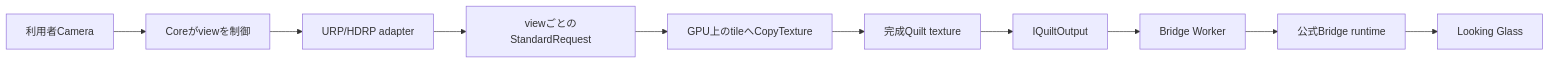
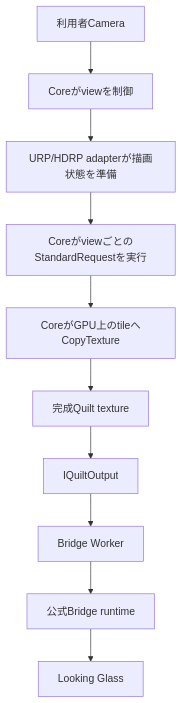
Before and after one commit to zabaglione/ViewWeave: the diagram in docs/architecture.md, drawn with Mermaid. The commit also changed other lines of this file, not shown here.

Commit message:
docs: improve architecture diagram readability

````diff
--- a/docs/architecture.md
+++ b/docs/architecture.md
@@ -9,12 +9,12 @@
 ```mermaid
-flowchart LR
+flowchart TB
     Camera["利用者Camera"] --> Core["Coreがviewを制御"]
-    Core --> Adapter["URP/HDRP adapter"]
-    Adapter --> Request["viewごとのStandardRequest"]
-    Request --> Copy["GPU上のtileへCopyTexture"]
+    Core --> Adapter["URP/HDRP adapterが描画状態を準備"]
+    Adapter --> Request["CoreがviewごとのStandardRequestを実行"]
+    Request --> Copy["CoreがGPU上のtileへCopyTexture"]
     Copy --> Quilt["完成Quilt texture"]
     Quilt --> Output["IQuiltOutput"]
     Output --> Worker["Bridge Worker"]
     Worker --> Bridge["公式Bridge runtime"]
     Bridge --> Display["Looking Glass"]
 ```
````
